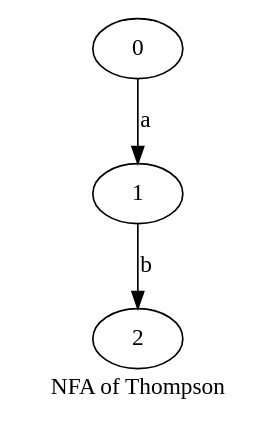
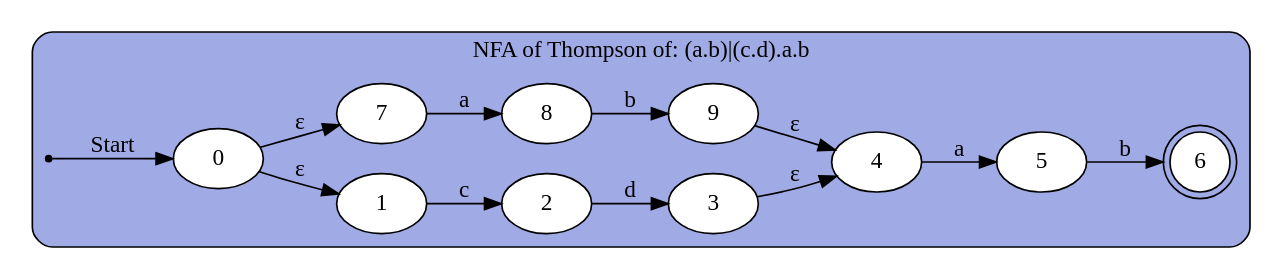
The diagram in Compiladores/digraph finite_state_machine.dot (Andresrodart/Practicas), drawn with Graphviz before and after one commit. The commit also changed 5 other files, not shown here.

```diff
--- a/Compiladores/digraph finite_state_machine.dot
+++ b/Compiladores/digraph finite_state_machine.dot
@@ -1,11 +1,25 @@
 digraph finite_state_machine{
-        style = "rounded,filled";
+    rankdir=LR;
+    subgraph cluster{        style = "rounded,filled";
         color = "#000000";
-        fillcolor = "0.759 0.3 0.9";
-        node [style = "rounded,filled", color = "#000000", fillcolor = white];
-                0 -> 1 [ label = "a" ];
-        1 -> 2 [ label = "b" ];
-        label = "NFA of Thompson";
-  }
+        fillcolor = "0.641 0.3 0.9";
+        node [shape = point ] qi;
+        node [style = "rounded,filled", color = "#000000", fillcolor = white, shape = doublecircle] 6;
+        node [style = "rounded,filled", color = "#000000", fillcolor = white, shape="oval"];
+        qi -> 0 [ label = "Start" ];
+        0 -> 1 [ label = "&epsilon;" ];
+        0 -> 7 [ label = "&epsilon;" ];
+        1 -> 2 [ label = "c" ];
+        2 -> 3 [ label = "d" ];
+        3 -> 4 [ label = "&epsilon;" ];
+        4 -> 5 [ label = "a" ];
+        5 -> 6 [ label = "b" ];
+        7 -> 8 [ label = "a" ];
+        8 -> 9 [ label = "b" ];
+        9 -> 4 [ label = "&epsilon;" ];
+        label = "NFA of Thompson of: (a.b)|(c.d).a.b";
+
+    }
+}
 //dot -Tpng elemplo.gv > salida.png
 //((struct Thompson *)0xb34f90)->expression
```
